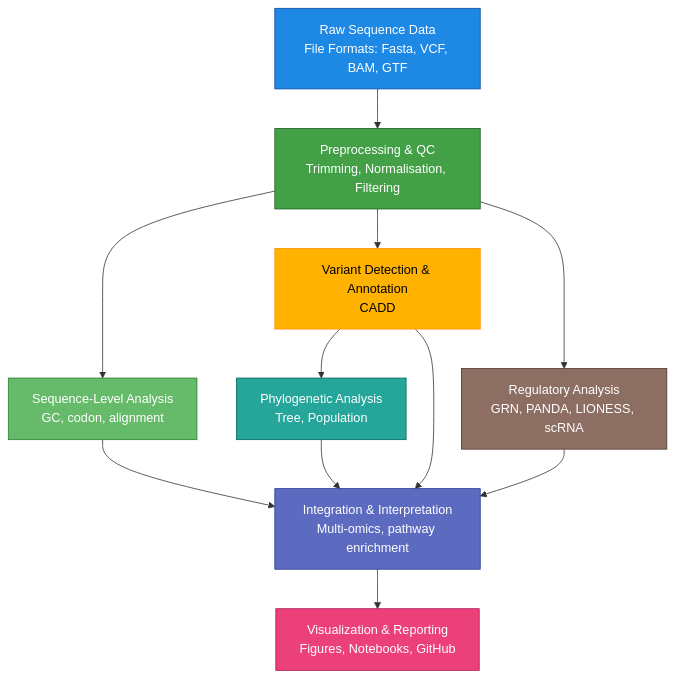
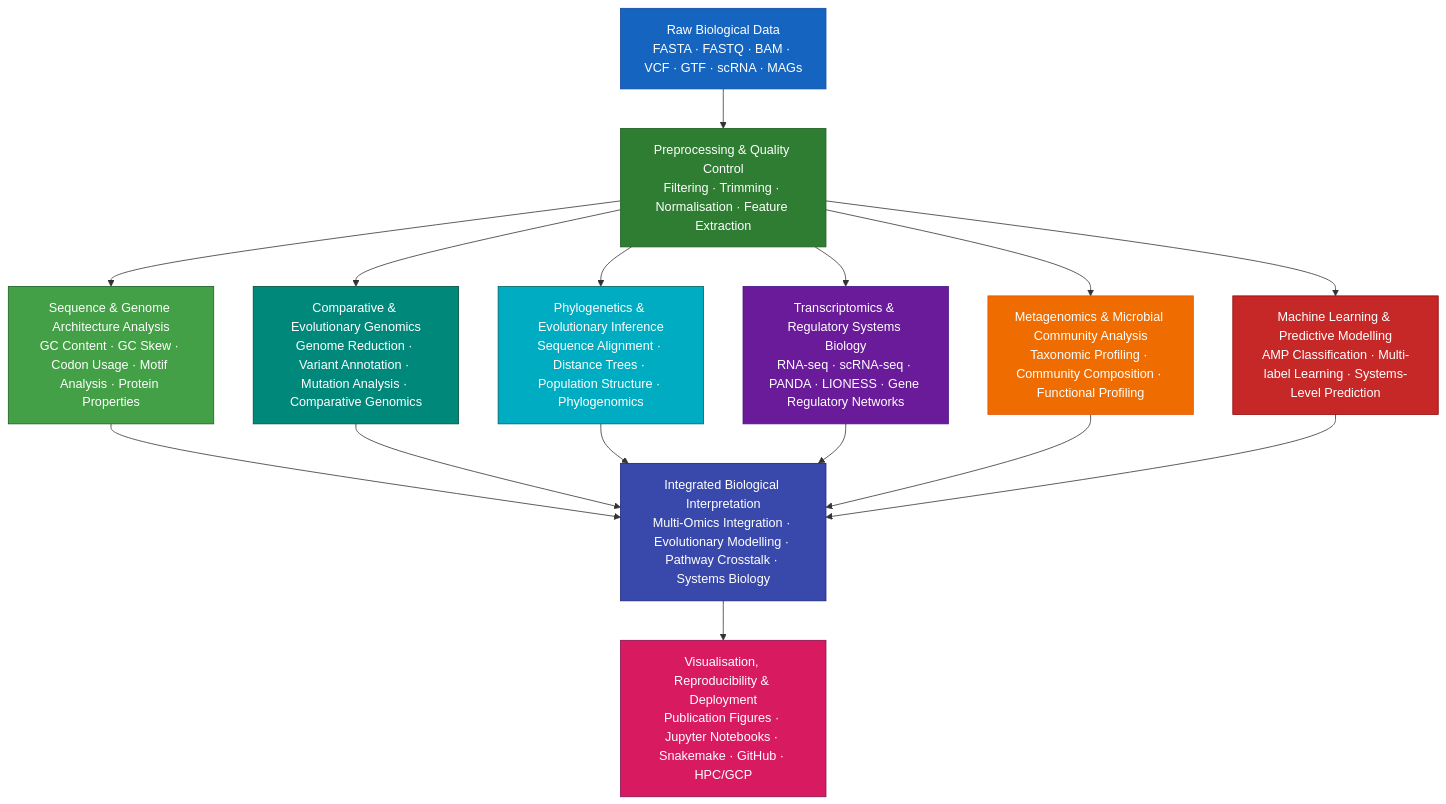
The diagram in README.md (Aridoge13/Computational_Biology), drawn with Mermaid before and after one commit. The commit also changed other lines of this file, not shown here.

Commit message:
archaeal changes

````diff
--- a/README.md
+++ b/README.md
@@ -61,33 +61,76 @@
 ```mermaid
 graph TD
-  A["Raw Sequence Data<br>File Formats: Fasta, VCF, BAM, GTF"] --> B["Preprocessing & QC<br>Trimming, Normalisation, Filtering"]
-  B --> C["Sequence-Level Analysis<br>GC, codon, alignment"]
-  B --> D["Variant Detection & Annotation<br>CADD"]
-  B --> E["Regulatory Analysis<br>GRN, PANDA, LIONESS, scRNA"]
-  D --> F["Phylogenetic Analysis<br>Tree, Population"]
-  C --> G["Integration & Interpretation<br>Multi-omics, pathway enrichment"]
-  D --> G
-  E --> G
-  F --> G
-  G --> H["Visualization & Reporting<br>Figures, Notebooks, GitHub"]
 
-  %% Class definitions with contrasting blue/green tones
-  classDef start fill:#1e88e5,stroke:#0d47a1,color:#fff        
-  classDef preproc fill:#43a047,stroke:#1b5e20,color:#fff      
-  classDef seq fill:#66bb6a,stroke:#2e7d32,color:#fff          
-  classDef variant fill:#ffb300,stroke:#ff8f00,color:#000      
-  classDef reg fill:#8d6e63,stroke:#4e342e,color:#fff          
-  classDef phylo fill:#26a69a,stroke:#00695c,color:#fff        
-  classDef integrate fill:#5c6bc0,stroke:#283593,color:#fff    
-  classDef report fill:#ec407a,stroke:#ad1457,color:#fff      
+  A["Raw Biological Data<br/>FASTA · FASTQ · BAM · VCF · GTF · scRNA · MAGs"] 
 
-  %% Apply classes to nodes
-  class A start
-  class B preproc
+  --> B["Preprocessing & Quality Control<br/>Filtering · Trimming · Normalisation · Feature Extraction"]
+
+  %% =====================================================
+  %% CORE ANALYTICAL MODULES
+  %% =====================================================
+
+  B --> C["Sequence & Genome Architecture Analysis<br/>GC Content · GC Skew · Codon Usage · Motif Analysis · Protein Properties"]
+
+  B --> D["Comparative & Evolutionary Genomics<br/>Genome Reduction · Variant Annotation · Mutation Analysis · Comparative Genomics"]
+
+  B --> E["Phylogenetics & Evolutionary Inference<br/>Sequence Alignment · Distance Trees · Population Structure · Phylogenomics"]
+
+  B --> F["Transcriptomics & Regulatory Systems Biology<br/>RNA-seq · scRNA-seq · PANDA · LIONESS · Gene Regulatory Networks"]
+
+  B --> G["Metagenomics & Microbial Community Analysis<br/>Taxonomic Profiling · Community Composition · Functional Profiling"]
+
+  B --> H["Machine Learning & Predictive Modelling<br/>AMP Classification · Multi-label Learning · Systems-Level Prediction"]
+
+  %% =====================================================
+  %% INTEGRATION LAYER
+  %% =====================================================
+
+  C --> I["Integrated Biological Interpretation<br/>Multi-Omics Integration · Evolutionary Modelling · Pathway Crosstalk · Systems Biology"]
+
+  D --> I
+  E --> I
+  F --> I
+  G --> I
+  H --> I
+
+  %% =====================================================
+  %% OUTPUT
+  %% =====================================================
+
+  I --> J["Visualisation, Reproducibility & Deployment<br/>Publication Figures · Jupyter Notebooks · Snakemake · GitHub · HPC/GCP"]
+
+  %% =====================================================
+  %% COLOR CLASSES
+  %% =====================================================
+
+  classDef raw fill:#1565c0,stroke:#0d47a1,color:#fff
+  classDef qc fill:#2e7d32,stroke:#1b5e20,color:#fff
+
+  classDef seq fill:#43a047,stroke:#1b5e20,color:#fff
+  classDef evo fill:#00897b,stroke:#004d40,color:#fff
+  classDef phylo fill:#00acc1,stroke:#006064,color:#fff
+
+  classDef reg fill:#6a1b9a,stroke:#4a148c,color:#fff
+  classDef meta fill:#ef6c00,stroke:#e65100,color:#fff
+  classDef ml fill:#c62828,stroke:#8e0000,color:#fff
+
+  classDef integrate fill:#3949ab,stroke:#1a237e,color:#fff
+  classDef output fill:#d81b60,stroke:#880e4f,color:#fff
+
+  %% =====================================================
+  %% APPLY CLASSES
+  %% =====================================================
+
+  class A raw
+  class B qc
+
   class C seq
-  class D variant
-  class E reg
-  class F phylo
-  class G integrate
-  class H report
+  class D evo
+  class E phylo
+  class F reg
+  class G meta
+  class H ml
+
+  class I integrate
+  class J output
 ```
````
